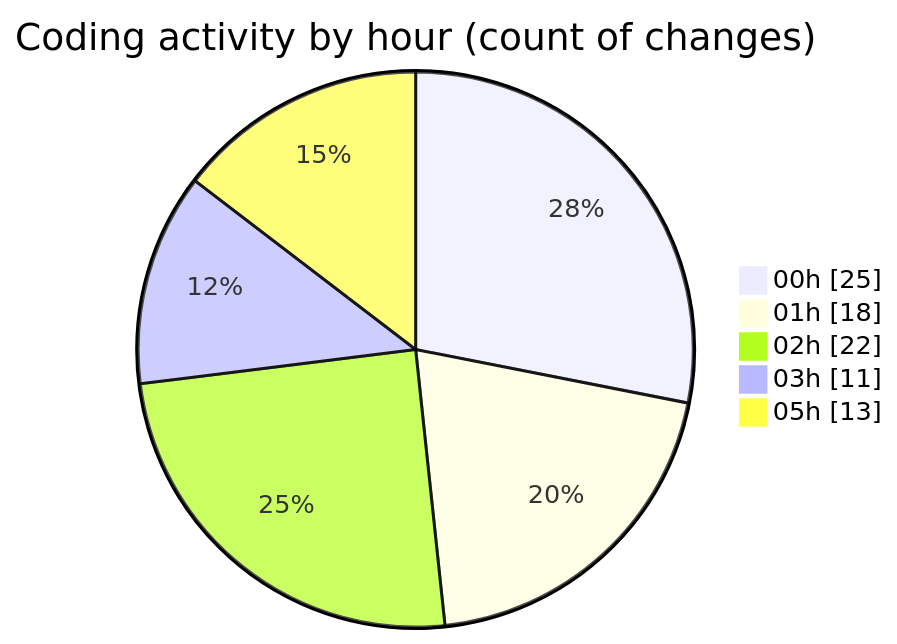
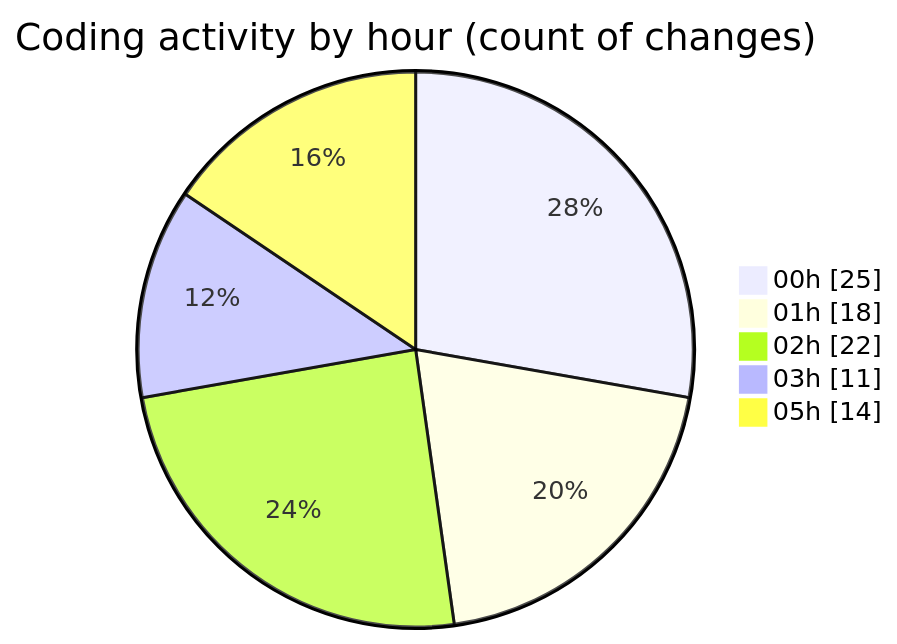
The second of 2 diagrams in 2025-07-18/ribbon/README.md (EIIisD/code-tracking), drawn with Mermaid before and after one commit. The commit also changed other lines of this file and 1 other file, not shown here.

````diff
--- a/2025-07-18/ribbon/README.md
+++ b/2025-07-18/ribbon/README.md
@@ -40,9 +40,9 @@
 ```mermaid
 pie showData
 title Coding activity by hour (count of changes)
 "00h" : 25
 "01h" : 18
 "02h" : 22
 "03h" : 11
-"05h" : 13
+"05h" : 14
 ```
````
